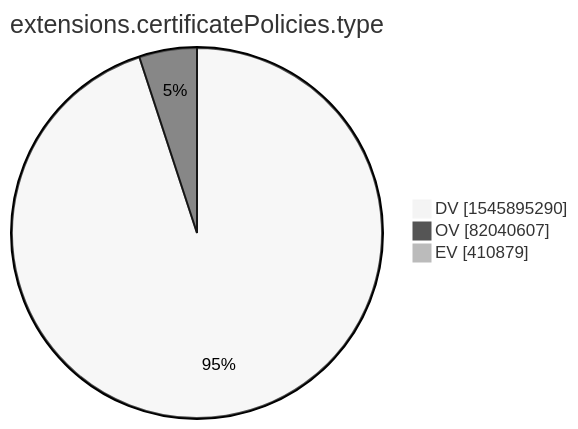
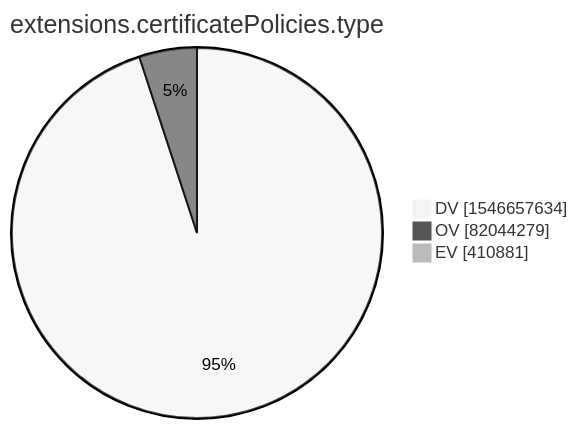
One commit to christiankrug/ctmonitor_visualization changed the tenth of 15 diagrams in xenon2022/README.md. Above: the diagram before and after it, drawn with Mermaid (neutral theme). The commit also changed other lines of this file, not shown here.

````diff
--- a/xenon2022/README.md
+++ b/xenon2022/README.md
@@ -2876,7 +2876,7 @@
 ```mermaid
 pie showData
 title extensions.certificatePolicies.type
-"DV" :1545895290
-"OV" :82040607
-"EV" :410879
+"DV" :1546657634
+"OV" :82044279
+"EV" :410881
 ```
````
